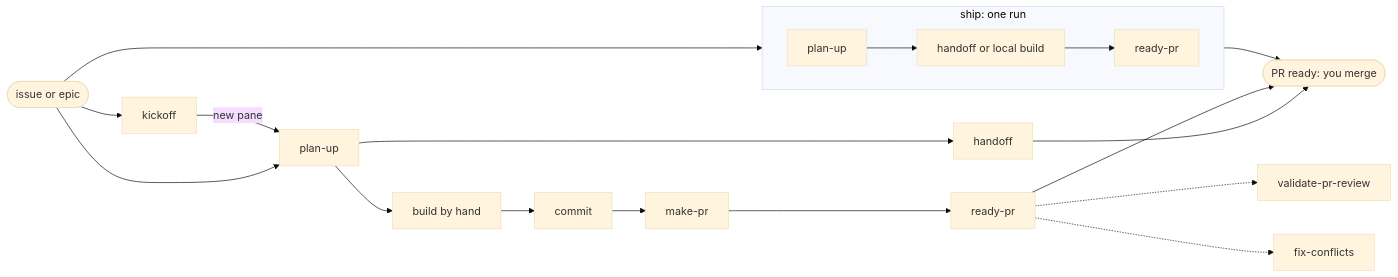
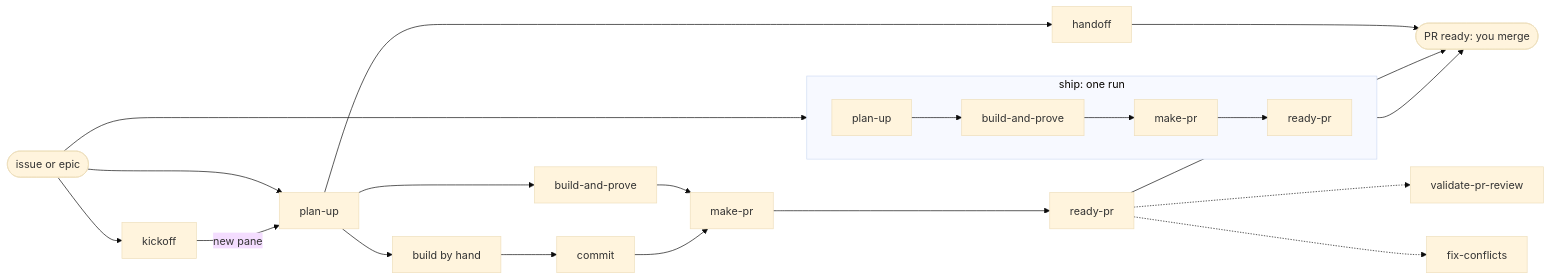
The second of 2 diagrams in README.md (linhvu0711/skills), drawn with Mermaid (base theme) before and after one commit. The commit also changed other lines of this file and 4 other files, not shown here.

````diff
--- a/README.md
+++ b/README.md
@@ -36,19 +36,20 @@
 ```mermaid
 flowchart LR
   ticket([issue or epic]) --> ship
   ticket --> kickoff
   ticket --> planup[plan-up]
   kickoff -->|new pane| planup
   subgraph ship [ship: one run]
     direction LR
-    sp[plan-up] --> sb[handoff or local build] --> sr[ready-pr]
+    sp[plan-up] --> sb[build-and-prove] --> sm[make-pr] --> sr[ready-pr]
   end
+  planup --> bp[build-and-prove] --> makepr
   planup --> ho[handoff]
   planup --> hand[build by hand]
   hand --> gitcommit[commit] --> makepr[make-pr] --> readypr[ready-pr]
   ship --> done([PR ready: you merge])
   ho --> done
   readypr --> done
   readypr -.-> vpr[validate-pr-review]
   readypr -.-> fc[fix-conflicts]
 ```
````
